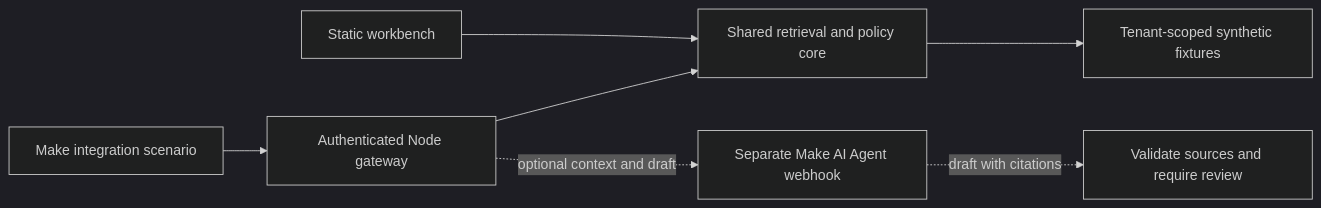
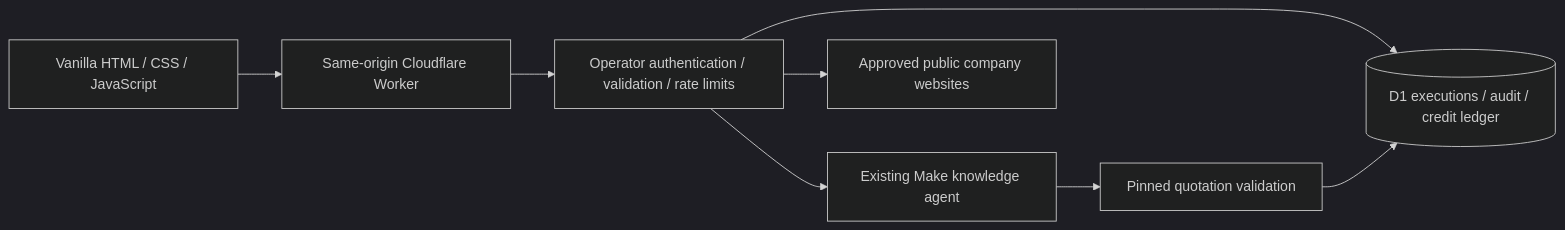
Before and after one commit to phlppgdfry/make-enterprise-showcase: the diagram in README.md, drawn with Mermaid (dark theme). The commit also changed other lines of this file and 5 other files, not shown here.

Commit message:
fix: restrict public integration metadata and document verified capabilities

````diff
--- a/README.md
+++ b/README.md
@@ -56,9 +24,10 @@
 ```mermaid
 flowchart LR
-  Browser[Static workbench] --> Core[Shared retrieval and policy core]
-  Make[Make integration scenario] --> Auth[Authenticated Node gateway]
-  Auth --> Core
-  Core --> Data[Tenant-scoped synthetic fixtures]
-  Auth -. optional context and draft .-> Agent[Separate Make AI Agent webhook]
-  Agent -. draft with citations .-> Review[Validate sources and require review]
+  Browser[Vanilla HTML / CSS / JavaScript] --> API[Same-origin Cloudflare Worker]
+  API --> Auth[Operator authentication / validation / rate limits]
+  Auth --> Ledger[(D1 executions / audit / credit ledger)]
+  Auth --> Make[Existing Make knowledge agent]
+  Auth --> Research[Approved public company websites]
+  Make --> Sources[Pinned quotation validation]
+  Sources --> Ledger
 ```
````
